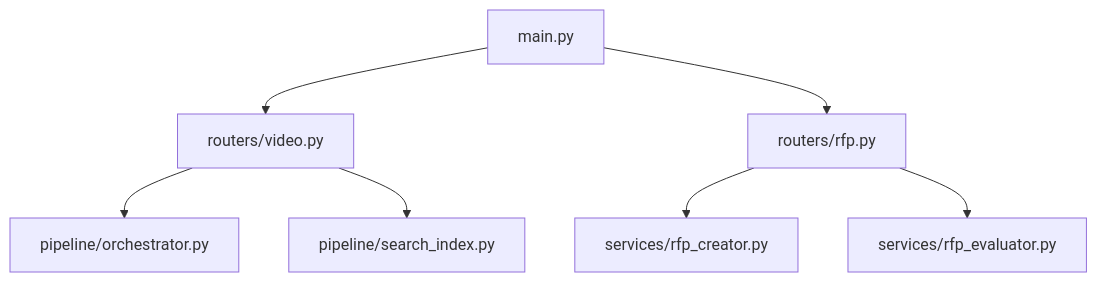
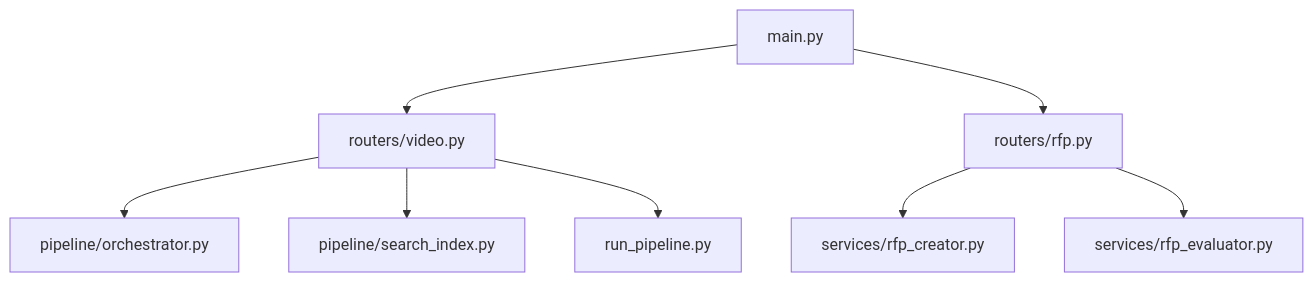
One commit to alexandreybasta-cyber/dubai-media-ai changed the third of 3 diagrams in .qoder/repowiki/en/content/Backend API Reference/Backend API Reference.md. Above: the diagram before and after it, drawn with Mermaid. The commit also changed other lines of this file and 20 other files, not shown here.

````diff
--- a/.qoder/repowiki/en/content/Backend API Reference/Backend API Reference.md
+++ b/.qoder/repowiki/en/content/Backend API Reference/Backend API Reference.md
@@ -607,16 +632,18 @@
 ```mermaid
 graph TB
 M["main.py"]
 VR["routers/video.py"]
 RR["routers/rfp.py"]
 ORCH["pipeline/orchestrator.py"]
 SI["pipeline/search_index.py"]
 RFC["services/rfp_creator.py"]
 RFE["services/rfp_evaluator.py"]
+RP["run_pipeline.py"]
 M --> VR
 M --> RR
 VR --> ORCH
 VR --> SI
+VR --> RP
 RR --> RFC
 RR --> RFE
 ```
````
